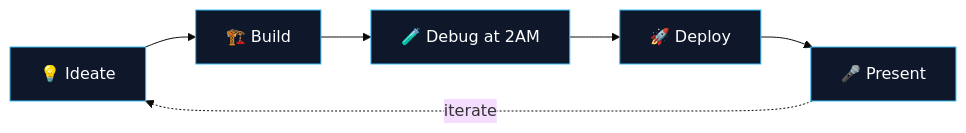
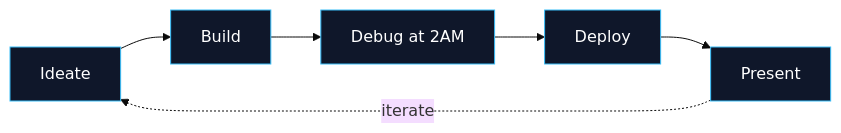
The diagram in README.md (AryanMedigeri08/AryanMedigeri08), drawn with Mermaid (base theme) before and after one commit. The commit also changed other lines of this file, not shown here.

````diff
--- a/README.md
+++ b/README.md
@@ -75,14 +73,14 @@
 ```mermaid
 flowchart LR
-    A["💡 Ideate"] --> B["🏗️ Build"]
-    B --> C["🧪 Debug at 2AM"]
-    C --> D["🚀 Deploy"]
-    D --> E["🎤 Present"]
+    A["Ideate"] --> B["Build"]
+    B --> C["Debug at 2AM"]
+    C --> D["Deploy"]
+    D --> E["Present"]
     E -. iterate .-> A
 
     style A fill:#0F172A,stroke:#38BDF8,color:#fff
     style B fill:#0F172A,stroke:#38BDF8,color:#fff
     style C fill:#0F172A,stroke:#38BDF8,color:#fff
     style D fill:#0F172A,stroke:#38BDF8,color:#fff
     style E fill:#0F172A,stroke:#38BDF8,color:#fff
 ```
````
